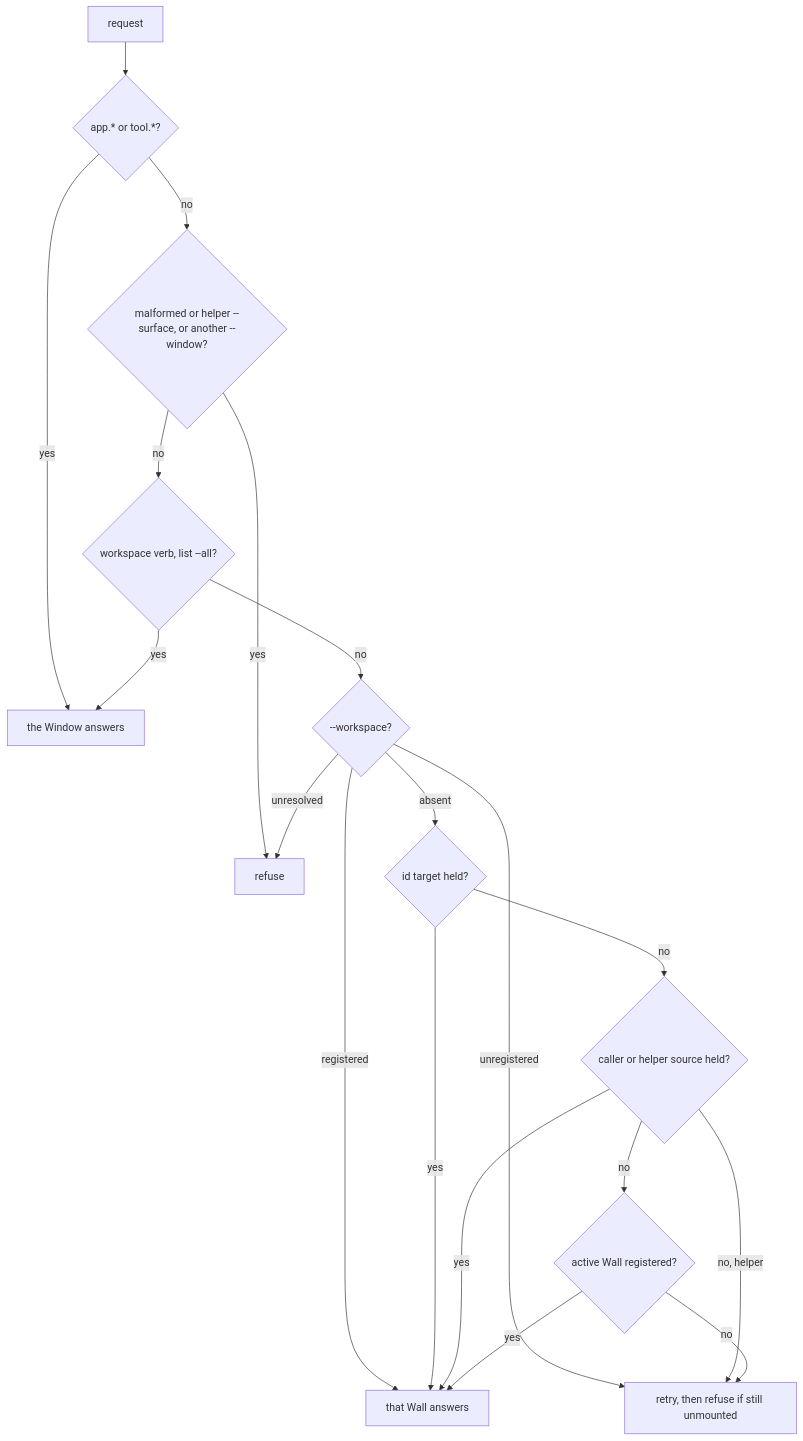
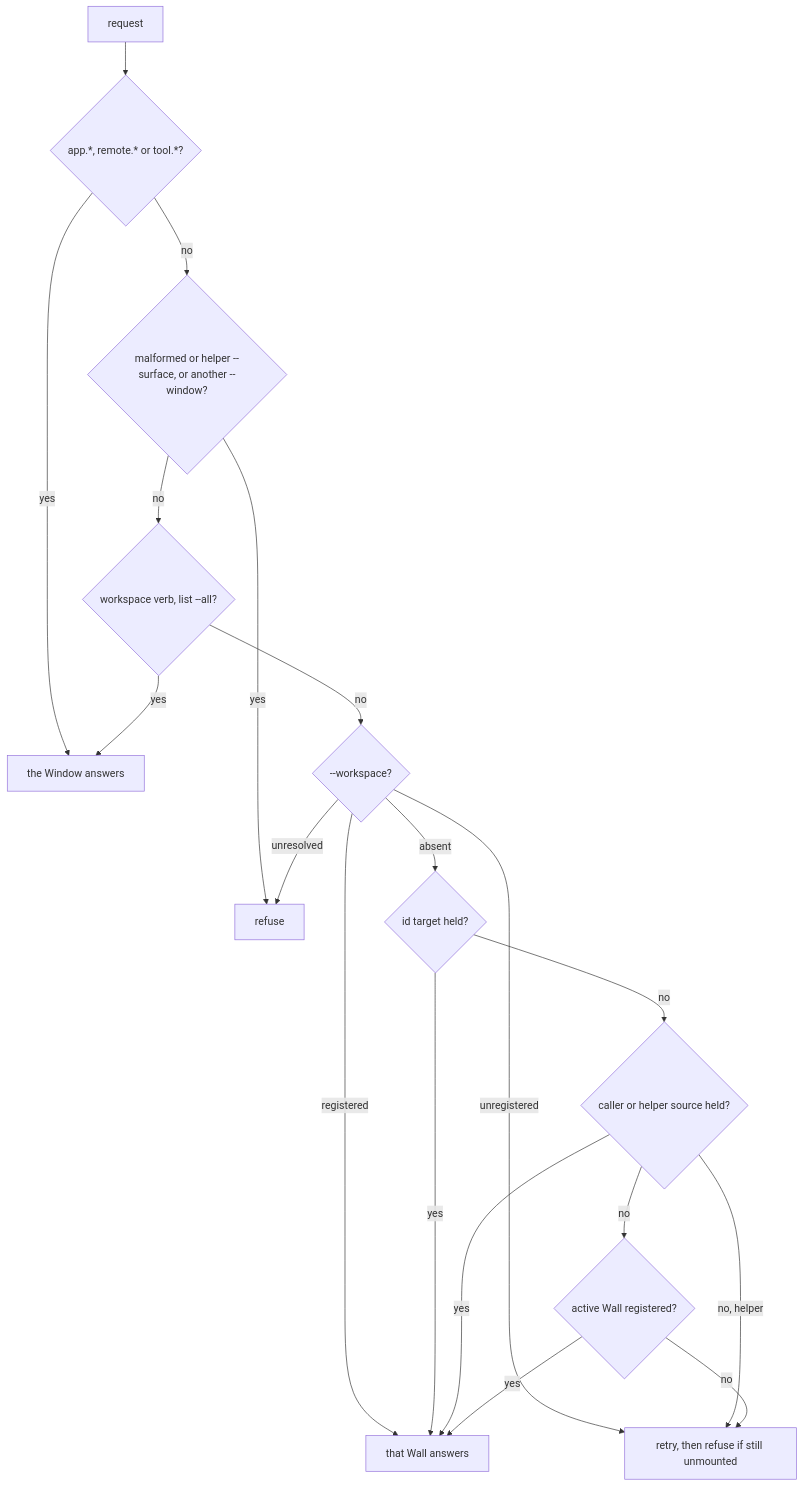
Before and after one commit to diffplug/dormouse: the second of 2 diagrams in docs/specs/dor-cli.md, drawn with Mermaid. The commit also changed 6 other files, not shown here.

````diff
--- a/docs/specs/dor-cli.md
+++ b/docs/specs/dor-cli.md
@@ -149,21 +149,21 @@
 ```mermaid
 flowchart TD
-  R[request] --> AT{app.* or tool.*?}
+  R[request] --> AT{app.*, remote.* or tool.*?}
   AT -- yes --> WIN[the Window answers]
   AT -- no --> BAD{malformed or helper --surface, or another --window?}
   BAD -- yes --> REF[refuse]
   BAD -- no --> C{workspace verb, list --all?}
   C -- yes --> WIN
   C -- no --> WS{--workspace?}
   WS -- unresolved --> REF
   WS -- registered --> H[that Wall answers]
   WS -- unregistered --> P["retry, then refuse if still unmounted"]
   WS -- absent --> ST{id target held?}
   ST -- yes --> H
   ST -- no --> CA{caller or helper source held?}
   CA -- yes --> H
   CA -- no, helper --> P
   CA -- no --> AC{active Wall registered?}
   AC -- yes --> H
   AC -- no --> P
 ```
````
